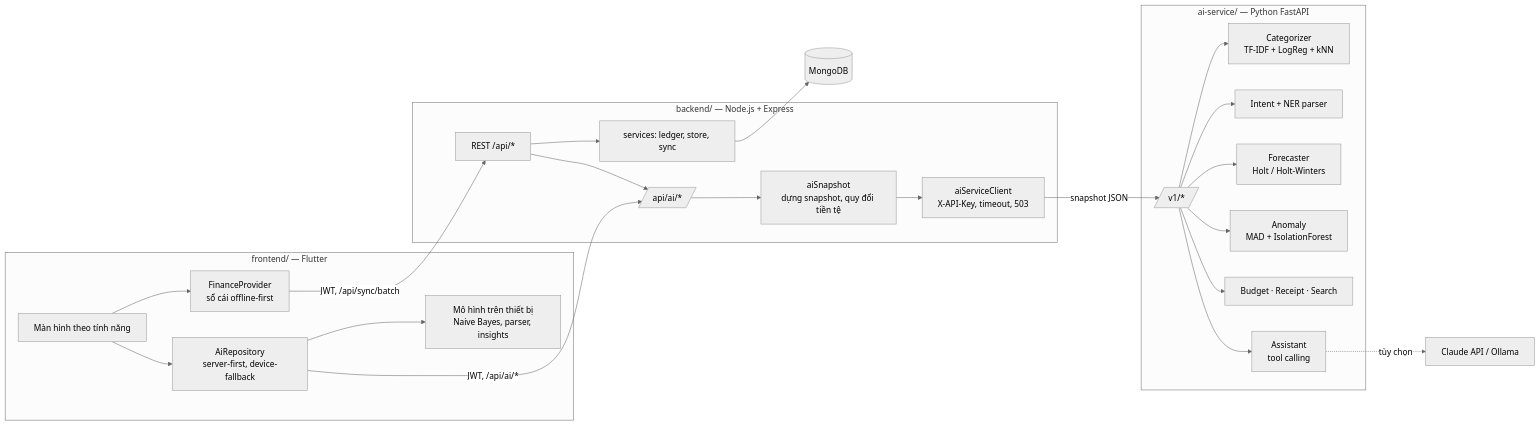
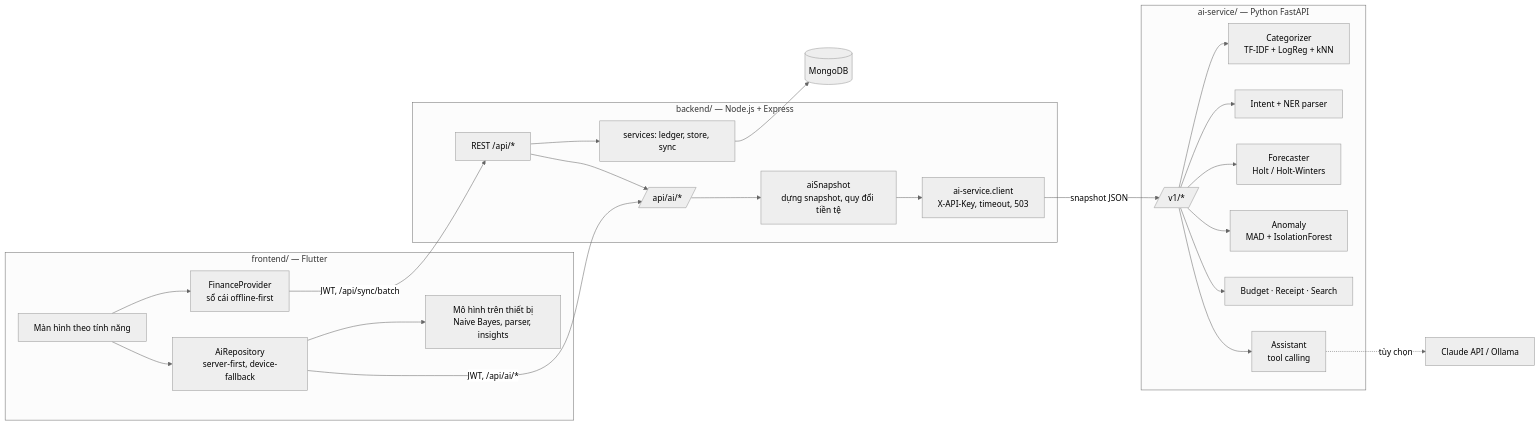
One commit to Duzcc/LTD--FINANCIAL-APP changed the first of 3 diagrams in docs/architecture.md. Above: the diagram before and after it, drawn with Mermaid (neutral theme). The commit also changed 302 other files, not shown here.

````diff
--- a/docs/architecture.md
+++ b/docs/architecture.md
@@ -6,26 +6,26 @@
 ```mermaid
 flowchart LR
   subgraph Client["frontend/ — Flutter"]
     UI[Màn hình theo tính năng] --> FP[FinanceProvider<br/>sổ cái offline-first]
     UI --> AR[AiRepository<br/>server-first, device-fallback]
     AR --> OD[Mô hình trên thiết bị<br/>Naive Bayes, parser, insights]
   end
   subgraph API["backend/ — Node.js + Express"]
     R[REST /api/*] --> S[services: ledger, store, sync]
     R --> AIR[/api/ai/*/] --> SN[aiSnapshot<br/>dựng snapshot, quy đổi tiền tệ]
-    SN --> AC[aiServiceClient<br/>X-API-Key, timeout, 503]
+    SN --> AC[ai-service.client<br/>X-API-Key, timeout, 503]
   end
   subgraph AIS["ai-service/ — Python FastAPI"]
     E[/v1/*/] --> M1[Categorizer<br/>TF-IDF + LogReg + kNN]
     E --> M2[Intent + NER parser]
     E --> M3[Forecaster<br/>Holt / Holt-Winters]
     E --> M4[Anomaly<br/>MAD + IsolationForest]
     E --> M5[Budget · Receipt · Search]
     E --> LLM[Assistant<br/>tool calling]
   end
   FP -- "JWT, /api/sync/batch" --> R
   AR -- "JWT, /api/ai/*" --> AIR
   AC -- "snapshot JSON" --> E
   S --> DB[(MongoDB)]
   LLM -. tùy chọn .-> CL[Claude API / Ollama]
 ```
````
